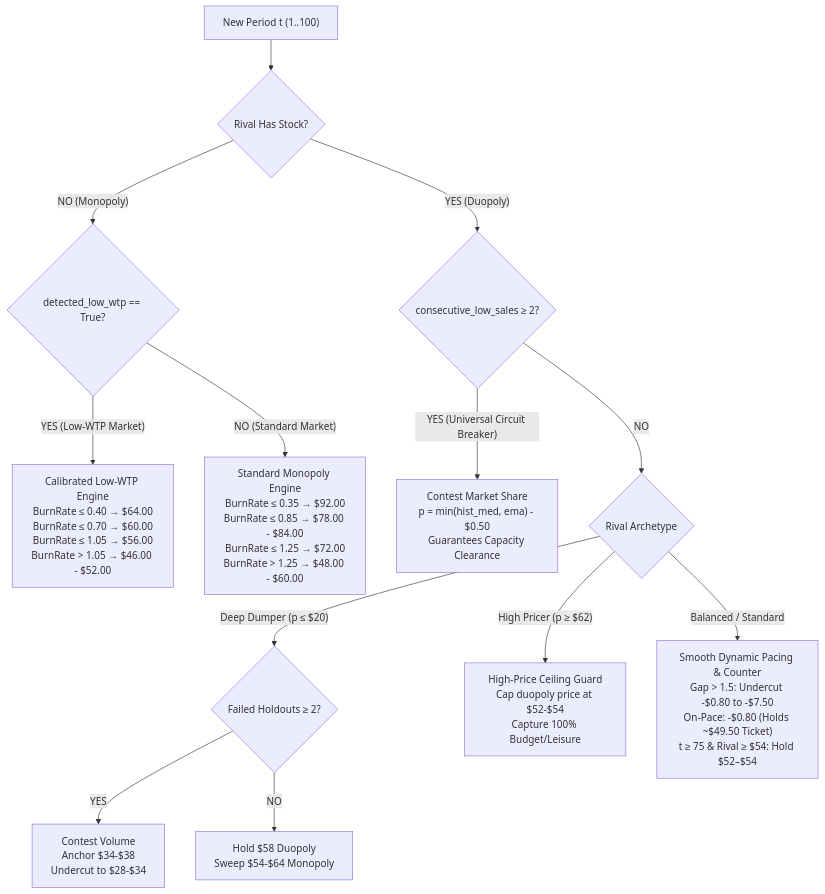
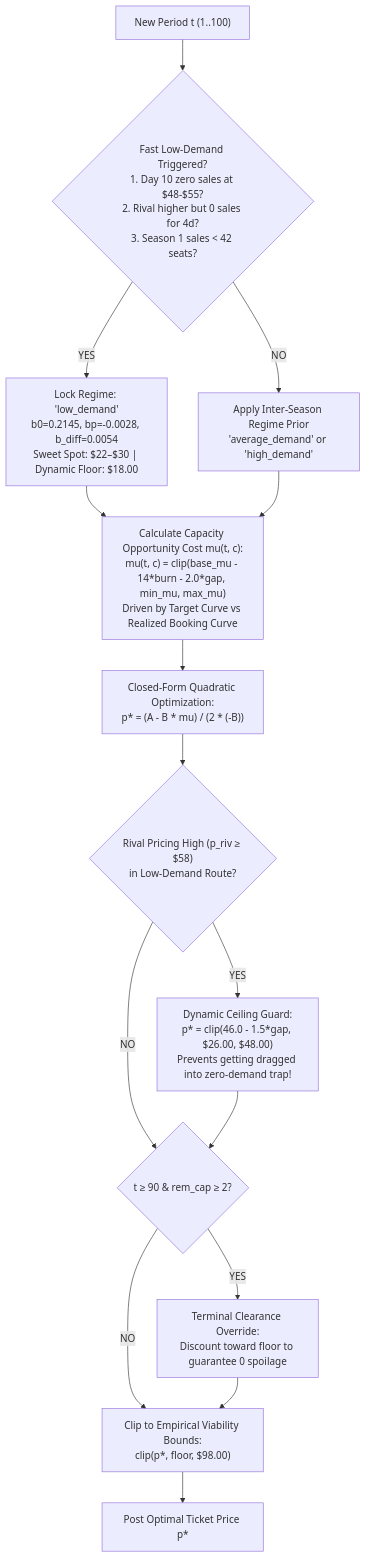
Before and after one commit to RamezCh/Learning-Optimization: the diagram in README.md, drawn with Mermaid. The commit also changed other lines of this file and 16 other files, not shown here.

Commit message:
feat(v6.0): unify econometric MLR engine with 3-regime priors, fast low-demand detection, and simulation studio

````diff
--- a/README.md
+++ b/README.md
@@ -253,22 +369,21 @@
 ```mermaid
 flowchart TD
-    Start["New Period t (1..100)"] --> StockCheck{"Rival Has Stock?"}
+    Start["New Period t (1..100)"] --> LowDemandCheck{"Fast Low-Demand Triggered?<br/>1. Day 10 zero sales at $48-$55?<br/>2. Rival higher but 0 sales for 4d?<br/>3. Season 1 sales < 42 seats?"}
     
-    StockCheck -- "NO (Monopoly)" --> WTPCheck{"detected_low_wtp == True?"}
-    WTPCheck -- "YES (Low-WTP Market)" --> LowWTPMonopoly["Calibrated Low-WTP Engine<br/>BurnRate ≤ 0.40 → $64.00<br/>BurnRate ≤ 0.70 → $60.00<br/>BurnRate ≤ 1.05 → $56.00<br/>BurnRate > 1.05 → $46.00 - $52.00"]
-    WTPCheck -- "NO (Standard Market)" --> MonopolyEngine["Standard Monopoly Engine<br/>BurnRate ≤ 0.35 → $92.00<br/>BurnRate ≤ 0.85 → $78.00 - $84.00<br/>BurnRate ≤ 1.25 → $72.00<br/>BurnRate > 1.25 → $48.00 - $60.00"]
+    LowDemandCheck -- "YES" --> LockLow["Lock Regime: 'low_demand'<br/>b0=0.2145, bp=-0.0028, b_diff=0.0054<br/>Sweet Spot: $22–$30 | Dynamic Floor: $18.00"]
+    LowDemandCheck -- "NO" --> PriorRegime["Apply Inter-Season Regime Prior<br/>'average_demand' or 'high_demand'"]
     
-    StockCheck -- "YES (Duopoly)" --> CBCheck{"consecutive_low_sales ≥ 2?"}
+    LockLow --> ShadowCost["Calculate Capacity Opportunity Cost mu(t, c):<br/>mu(t, c) = clip(base_mu - 14*burn - 2.0*gap, min_mu, max_mu)<br/>Driven by Target Curve vs Realized Booking Curve"]
+    PriorRegime --> ShadowCost
     
-    CBCheck -- "YES (Universal Circuit Breaker)" --> ContestMarket["Contest Market Share<br/>p = min(hist_med, ema) - $0.50<br/>Guarantees Capacity Clearance"]
+    ShadowCost --> MLROpt["Closed-Form Quadratic Optimization:<br/>p* = (A - B * mu) / (2 * (-B))"]
     
-    CBCheck -- "NO" --> ArchetypeCheck{"Rival Archetype"}
+    MLROpt --> RivalGuard{"Rival Pricing High (p_riv ≥ $58)<br/>in Low-Demand Route?"}
+    RivalGuard -- "YES" --> DynamicCeiling["Dynamic Ceiling Guard:<br/>p* = clip(46.0 - 1.5*gap, $26.00, $48.00)<br/>Prevents getting dragged into zero-demand trap!"]
+    RivalGuard -- "NO" --> TerminalCheck{"t ≥ 90 & rem_cap ≥ 2?"}
     
-    ArchetypeCheck -- "Deep Dumper (p ≤ $20)" --> DumperCircuit{"Failed Holdouts ≥ 2?"}
-    DumperCircuit -- "YES" --> ContestDumper["Contest Volume<br/>Anchor $34-$38<br/>Undercut to $28-$34"]
-    DumperCircuit -- "NO" --> HoldoutRule["Hold $58 Duopoly<br/>Sweep $54-$64 Monopoly"]
-    
-    ArchetypeCheck -- "High Pricer (p ≥ $62)" --> CeilingRule["High-Price Ceiling Guard<br/>Cap duopoly price at $52-$54<br/>Capture 100% Budget/Leisure"]
-    
-    ArchetypeCheck -- "Balanced / Standard" --> PacingRule["Smooth Dynamic Pacing & Counter<br/>Gap > 1.5: Undercut -$0.80 to -$7.50<br/>On-Pace: -$0.80 (Holds ~$49.50 Ticket)<br/>t ≥ 75 & Rival ≥ $54: Hold $52–$54"]
+    DynamicCeiling --> TerminalCheck
+    TerminalCheck -- "YES" --> ClearPlane["Terminal Clearance Override:<br/>Discount toward floor to guarantee 0 spoilage"]
+    TerminalCheck -- "NO" --> ClipBounds["Clip to Empirical Viability Bounds:<br/>clip(p*, floor, $98.00)"]
+    ClearPlane --> ClipBounds --> FinalPrice["Post Optimal Ticket Price p*"]
 ```
````
